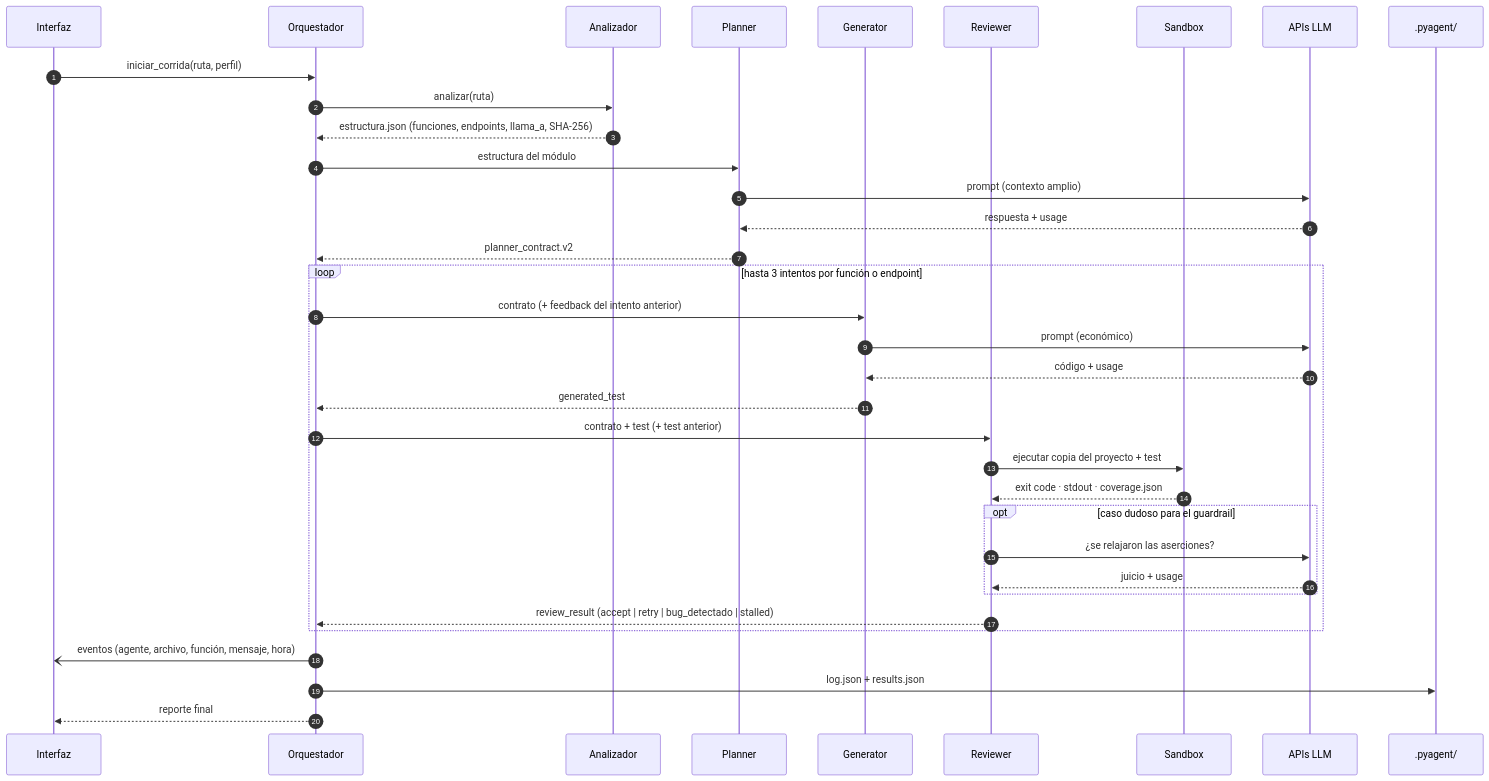
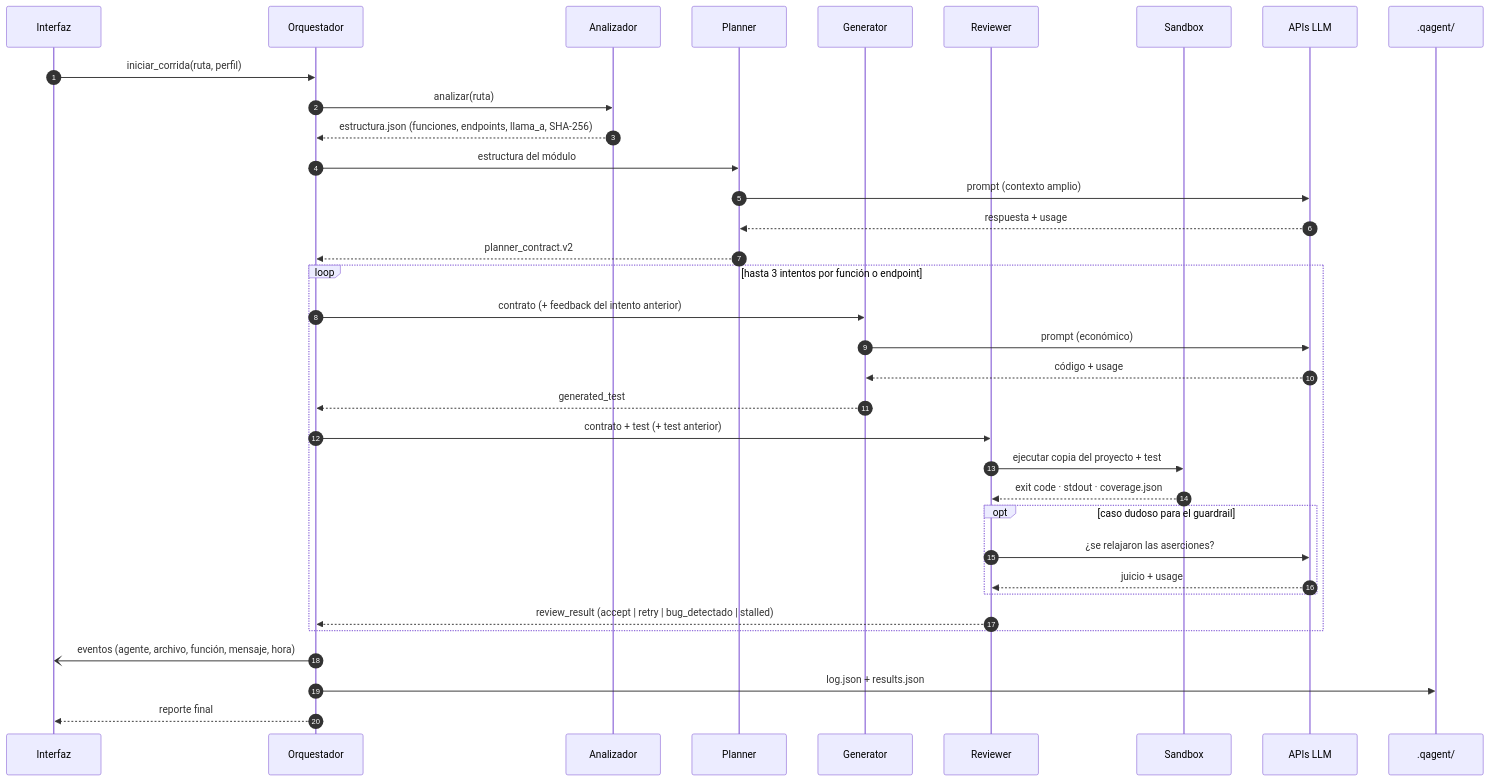
The seventh of 11 diagrams in docs/arquitectura.md (AngelOncoy/QAgent), drawn with Mermaid before and after one commit. The commit also changed other lines of this file and 6 other files, not shown here.

````diff
--- a/docs/arquitectura.md
+++ b/docs/arquitectura.md
@@ -409,38 +409,38 @@
 ```mermaid
 sequenceDiagram
     autonumber
     participant UI as Interfaz
     participant OR as Orquestador
     participant AST as Analizador
     participant PL as Planner
     participant GE as Generator
     participant RE as Reviewer
     participant SB as Sandbox
     participant API as APIs LLM
-    participant FS as .pyagent/
+    participant FS as .qagent/
 
     UI->>OR: iniciar_corrida(ruta, perfil)
     OR->>AST: analizar(ruta)
     AST-->>OR: estructura.json (funciones, endpoints, llama_a, SHA-256)
     OR->>PL: estructura del módulo
     PL->>API: prompt (contexto amplio)
     API-->>PL: respuesta + usage
     PL-->>OR: planner_contract.v2
     loop hasta 3 intentos por función o endpoint
         OR->>GE: contrato (+ feedback del intento anterior)
         GE->>API: prompt (económico)
         API-->>GE: código + usage
         GE-->>OR: generated_test
         OR->>RE: contrato + test (+ test anterior)
         RE->>SB: ejecutar copia del proyecto + test
         SB-->>RE: exit code · stdout · coverage.json
         opt caso dudoso para el guardrail
             RE->>API: ¿se relajaron las aserciones?
             API-->>RE: juicio + usage
         end
         RE-->>OR: review_result (accept | retry | bug_detectado | stalled)
     end
     OR-)UI: eventos (agente, archivo, función, mensaje, hora)
     OR->>FS: log.json + results.json
     OR-->>UI: reporte final
 ```
````
